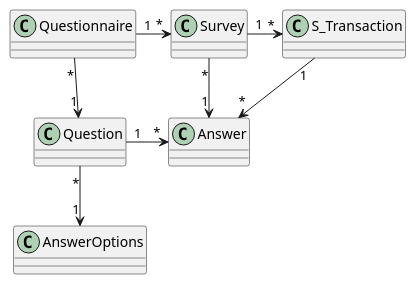
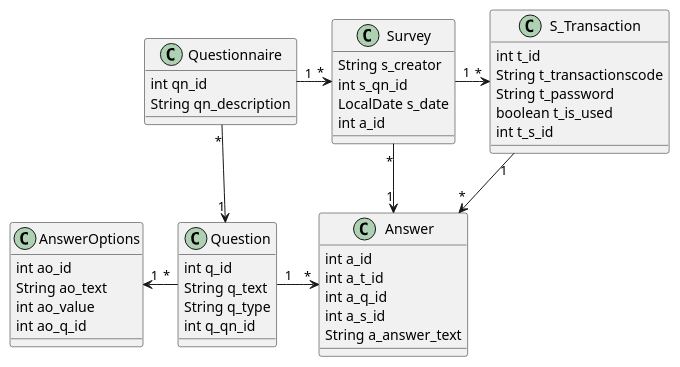
One commit to 1920-3ahitm-itp/02-project-repositories-studentfeedback changed the first of 2 diagrams in asciidocs/index.adoc. Above: the diagram before and after it, drawn with PlantUML. The commit also changed other lines of this file, not shown here.

Commit message:
asciidoc updated

```diff
--- a/asciidocs/index.adoc
+++ b/asciidocs/index.adoc
@@ -4,23 +30,57 @@
 [plantuml,erd,png]
 ----
 @startuml
 
-class Answer
-class AnswerOptions
-class Question
-class Questionnaire
-class S_Transaction
-class Survey
+class Answer{
+    int a_id
+    int a_t_id
+    int a_q_id
+    int a_s_id
+    String a_answer_text
+}
 
+class AnswerOptions{
+    int ao_id
+    String ao_text
+    int ao_value
+    int ao_q_id
+}
+
+class Question{
+    int q_id
+    String q_text
+    String q_type
+    int q_qn_id
+}
+
+class Questionnaire{
+     int qn_id
+     String qn_description
+}
+
+class S_Transaction{
+     int t_id
+     String t_transactionscode
+     String t_password
+     boolean t_is_used
+     int t_s_id
+}
+
+class Survey{
+     String s_creator
+     int s_qn_id
+     LocalDate s_date
+     int a_id
+}
 
 Questionnaire "1" -right-> " *" Survey
 Survey "*" -down-> "1" Answer
 Questionnaire "*" -down-> "1" Question
 Question "1" -right-> "*" Answer
-Question "*" --> "1" AnswerOptions
+Question "*" -left-> "1" AnswerOptions
 Survey "1" -right-> "*" S_Transaction
 S_Transaction "1" --> "*" Answer
 
 
 @enduml
 ----
```
